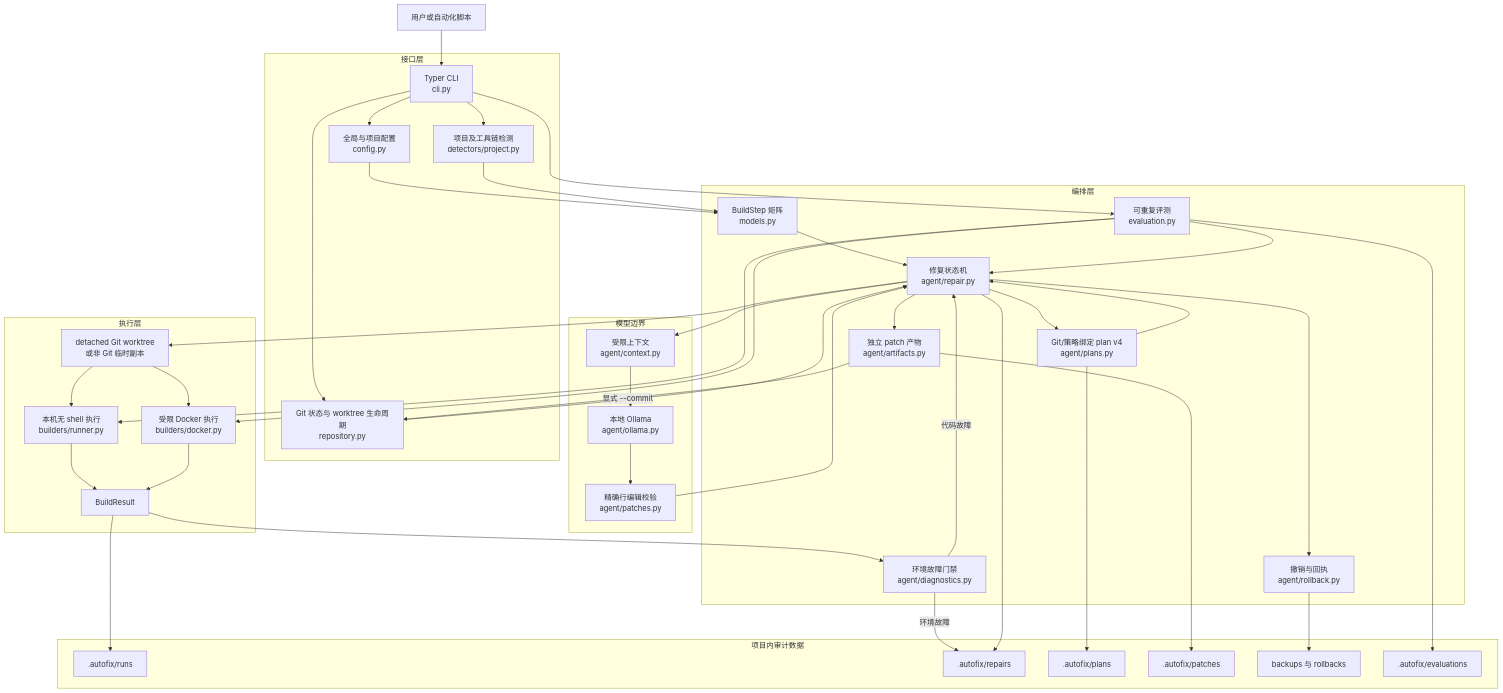
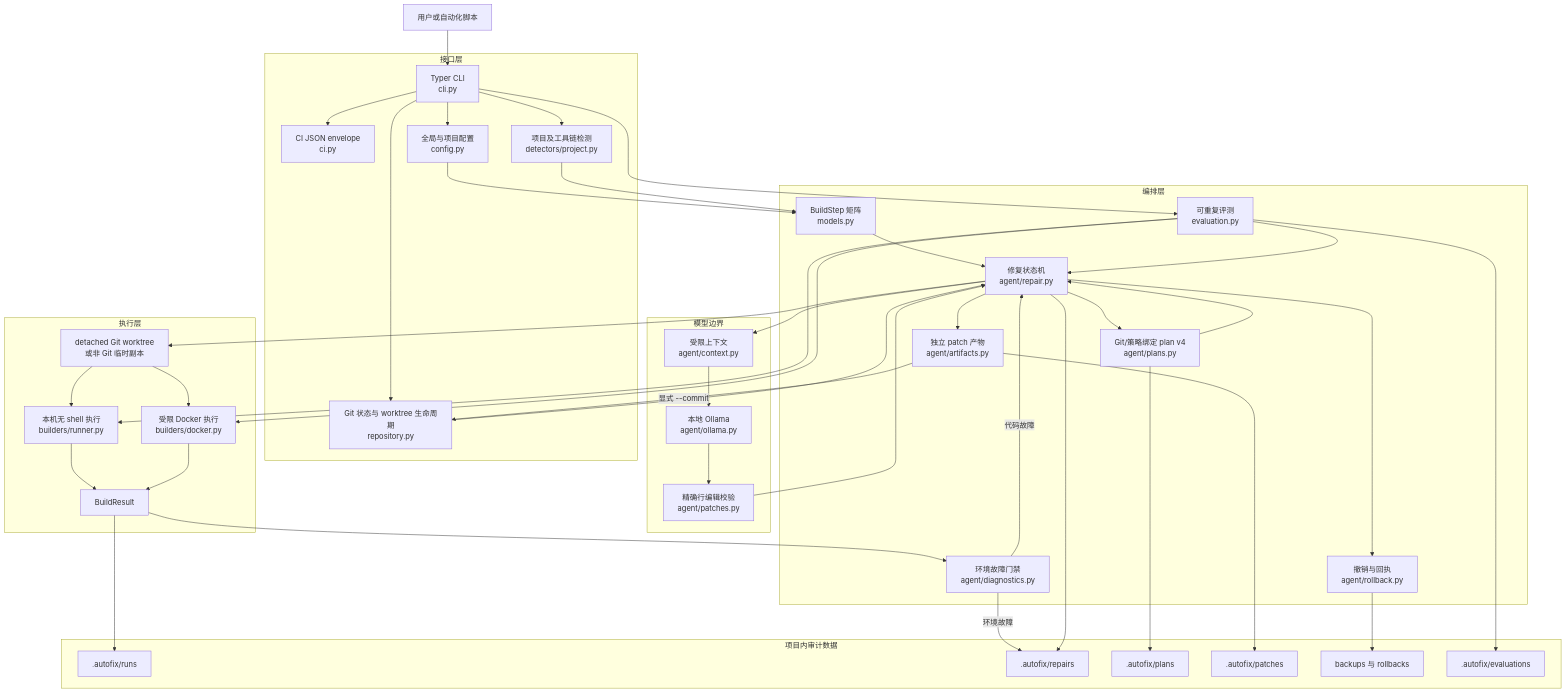
Before and after one commit to zhanghl-learner/docker-ollama-autofix: the first of 9 diagrams in docs/ARCHITECTURE_ZH.md, drawn with Mermaid. The commit also changed other lines of this file and 13 other files, not shown here.

````diff
--- a/docs/ARCHITECTURE_ZH.md
+++ b/docs/ARCHITECTURE_ZH.md
@@ -29,79 +29,81 @@
 ```mermaid
 flowchart TB
     USER[用户或自动化脚本]
 
     subgraph Interface[接口层]
         CLI[Typer CLI<br/>cli.py]
+        CI[CI JSON envelope<br/>ci.py]
         CONFIG[全局与项目配置<br/>config.py]
         DETECT[项目及工具链检测<br/>detectors/project.py]
         GIT[Git 状态与 worktree 生命周期<br/>repository.py]
     end
 
     subgraph Orchestration[编排层]
         STEPS[BuildStep 矩阵<br/>models.py]
         REPAIR[修复状态机<br/>agent/repair.py]
         PATCH_ARTIFACT[独立 patch 产物<br/>agent/artifacts.py]
         DIAG[环境故障门禁<br/>agent/diagnostics.py]
         PLAN[Git/策略绑定 plan v4<br/>agent/plans.py]
         ROLLBACK[撤销与回执<br/>agent/rollback.py]
         EVALUATION[可重复评测<br/>evaluation.py]
     end
 
     subgraph Intelligence[模型边界]
         CONTEXT[受限上下文<br/>agent/context.py]
         OLLAMA[本地 Ollama<br/>agent/ollama.py]
         PATCH[精确行编辑校验<br/>agent/patches.py]
     end
 
     subgraph Execution[执行层]
         WORKTREE[detached Git worktree<br/>或非 Git 临时副本]
         LOCAL[本机无 shell 执行<br/>builders/runner.py]
         DOCKER[受限 Docker 执行<br/>builders/docker.py]
         RESULT[BuildResult]
     end
 
     subgraph Artifacts[项目内审计数据]
         RUNS[.autofix/runs]
         REPAIRS[.autofix/repairs]
         PLANS[.autofix/plans]
         PATCHES[.autofix/patches]
         BACKUPS[backups 与 rollbacks]
         EVALUATIONS[.autofix/evaluations]
     end
 
     USER --> CLI
+    CLI --> CI
     CLI --> CONFIG
     CLI --> DETECT
     CLI --> GIT
     CONFIG --> STEPS
     DETECT --> STEPS
     STEPS --> REPAIR
     GIT --> REPAIR
     REPAIR --> WORKTREE
     WORKTREE --> LOCAL
     WORKTREE --> DOCKER
     REPAIR --> CONTEXT
     CONTEXT --> OLLAMA
     OLLAMA --> PATCH
     PATCH --> REPAIR
     LOCAL --> RESULT
     DOCKER --> RESULT
     RESULT --> DIAG
     DIAG -->|代码故障| REPAIR
     DIAG -->|环境故障| REPAIRS
     RESULT --> RUNS
     REPAIR --> REPAIRS
     REPAIR --> PATCH_ARTIFACT
     PATCH_ARTIFACT --> PATCHES
     PATCH_ARTIFACT -->|显式 --commit| GIT
     REPAIR --> PLAN
     PLAN --> PLANS
     PLAN --> REPAIR
     REPAIR --> ROLLBACK
     ROLLBACK --> BACKUPS
     CLI --> EVALUATION
     EVALUATION --> LOCAL
     EVALUATION --> DOCKER
     EVALUATION --> REPAIR
     EVALUATION --> EVALUATIONS
 ```
````
